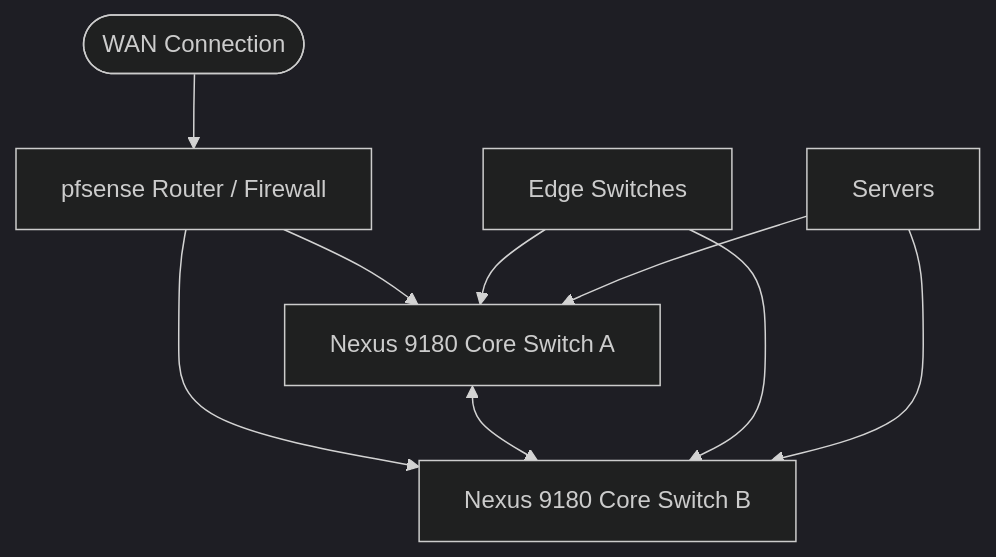
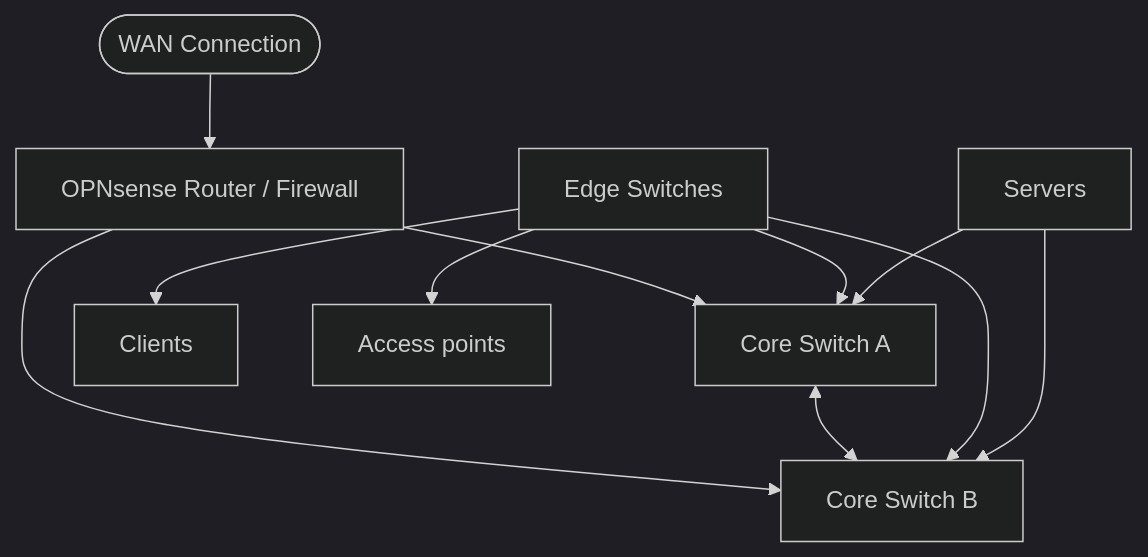
Before and after one commit to Lanmine/lanmine_tech: the diagram in README.md, drawn with Mermaid.

Commit message:
Update network diagram to use OPNsense and rename switches

````diff
--- a/README.md
+++ b/README.md
@@ -4,31 +4,37 @@
 ```mermaid
 %%{init: {'theme':'dark'}}%%
 
 flowchart TD
 
     %% WAN + pfSense
     WAN([WAN Connection])
-    PF[pfsense Router / Firewall]
+    OPNsense[OPNsense Router / Firewall]
 
-    WAN --> PF
+    WAN --> OPNsense
 
     %% Core Switches
-    COREA[Nexus 9180 Core Switch A]
-    COREB[Nexus 9180 Core Switch B]
+    COREA[Core Switch A]
+    COREB[Core Switch B]
 
-    PF --> COREA
-    PF --> COREB
+    OPNsense --> COREA
+    OPNsense --> COREB
 
     COREA <--> COREB
 
-    %% Edge Switch on left side of Core A
+    %% Edge Switches
     EDGE1[Edge Switches]
     EDGE1 --> COREA
     EDGE1 --> COREB
+
+    %% Clients & APs
+    CLIENTS[Clients]
+    APS[Access points]
+    EDGE1 --> CLIENTS
+    EDGE1 --> APS
 
     %% Servers Block
     SRV[Servers]
 
     SRV --> COREA
     SRV --> COREB
 ```
````
